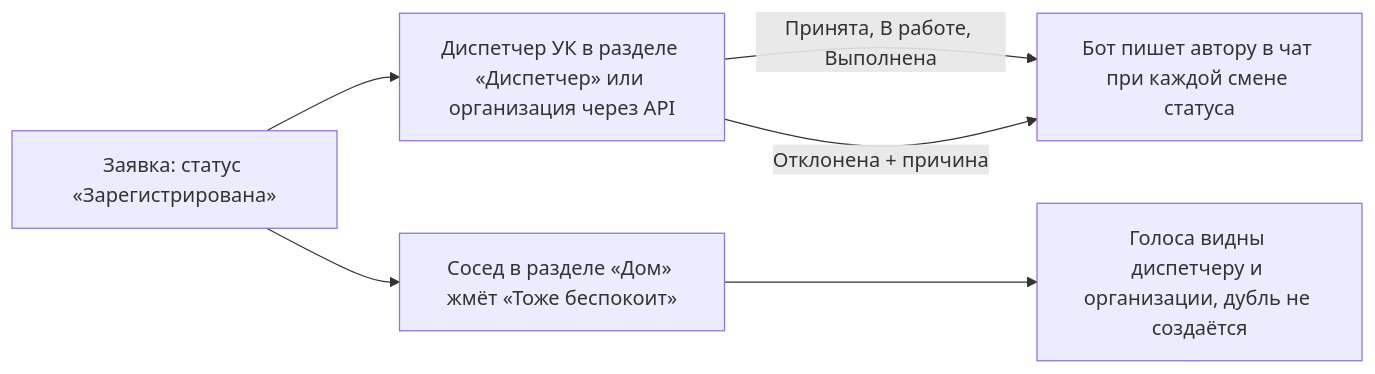
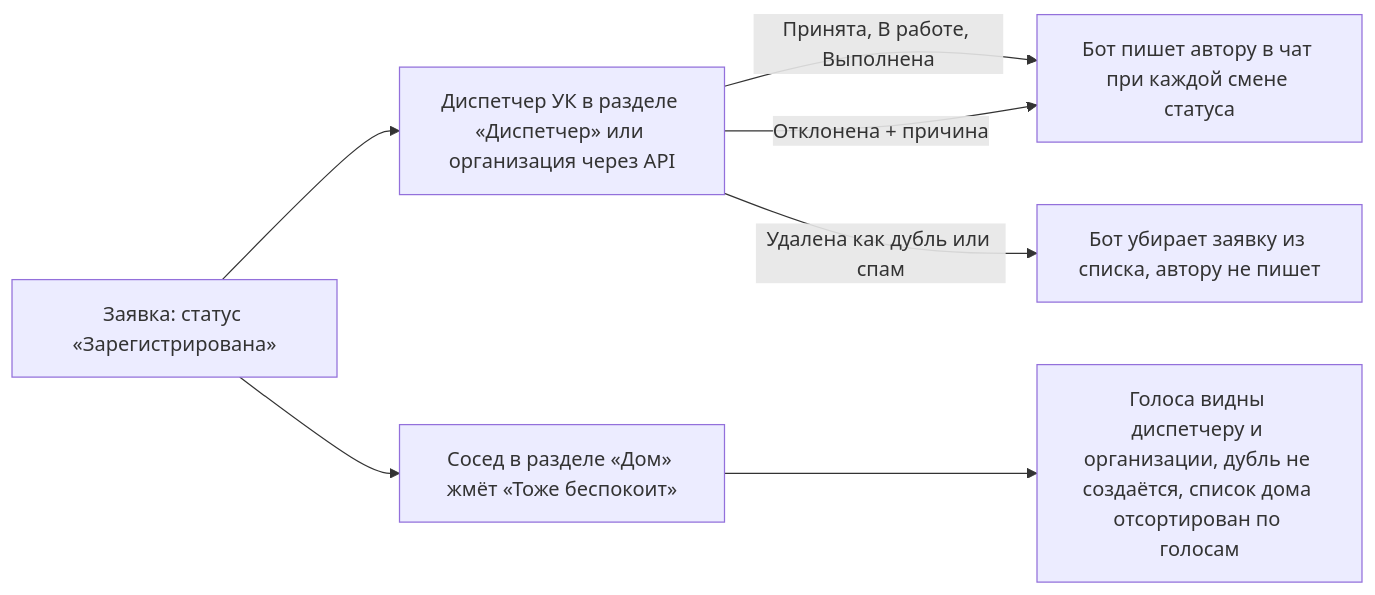
The second of 2 diagrams in docs/BOT_FLOW.md (b-on-g/max), drawn with Mermaid before and after one commit. The commit also changed other lines of this file and 1 other file, not shown here.

````diff
--- a/docs/BOT_FLOW.md
+++ b/docs/BOT_FLOW.md
@@ -32,8 +35,9 @@
 ```mermaid
 flowchart LR
     T[Заявка: статус «Зарегистрирована»] --> D1[Диспетчер УК в разделе «Диспетчер» или организация через API]
     D1 -->|Принята, В работе, Выполнена| N[Бот пишет автору в чат при каждой смене статуса]
     D1 -->|Отклонена + причина| N
     T --> S[Сосед в разделе «Дом» жмёт «Тоже беспокоит»]
-    S --> V[Голоса видны диспетчеру и организации, дубль не создаётся]
+    S --> V[Голоса видны диспетчеру и организации, дубль не создаётся, список дома отсортирован по голосам]
+    D1 -->|Удалена как дубль или спам| X[Бот убирает заявку из списка, автору не пишет]
 ```
````
